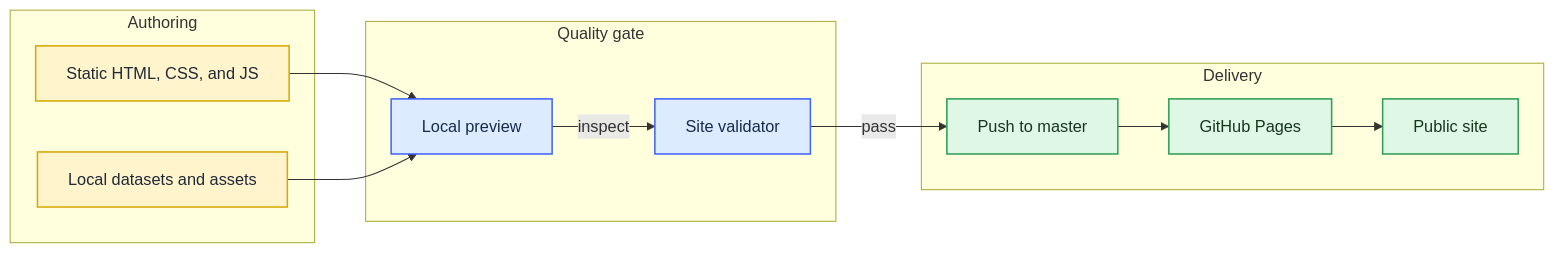
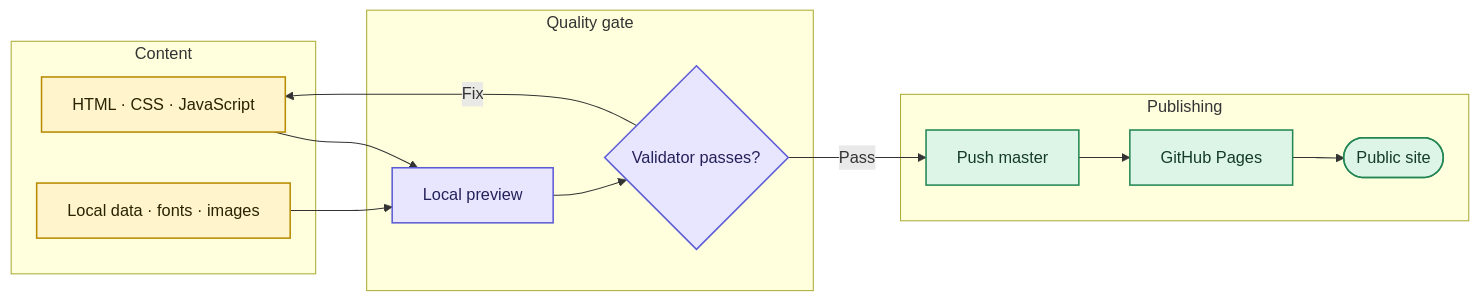
The first of 2 diagrams in README.md (thangldw/thangldw.github.io), drawn with Mermaid before and after one commit. The commit also changed other lines of this file and 10 other files, not shown here.

````diff
--- a/README.md
+++ b/README.md
@@ -24,32 +22,32 @@
 ```mermaid
 flowchart LR
-  subgraph Authoring[Authoring]
-    A[Static HTML, CSS, and JS]
-    B[Local datasets and assets]
+  subgraph Build[Content]
+    A[HTML · CSS · JavaScript]
+    B[Local data · fonts · images]
   end
 
-  subgraph Quality[Quality gate]
+  subgraph Check[Quality gate]
     C[Local preview]
-    D[Site validator]
+    D{Validator passes?}
   end
 
-  subgraph Delivery[Delivery]
-    E[Push to master]
+  subgraph Ship[Publishing]
+    E[Push master]
     F[GitHub Pages]
-    G[Public site]
+    G([Public site])
   end
 
   A --> C
   B --> C
-  C -->|inspect| D
-  D -->|pass| E
-  E --> F
-  F --> G
+  C --> D
+  D -->|Fix| A
+  D -->|Pass| E
+  E --> F --> G
 
-  classDef source fill:#FFF4CC,stroke:#D6A800,color:#1F2937,stroke-width:1.5px;
-  classDef check fill:#DDEBFF,stroke:#4262FF,color:#172B4D,stroke-width:1.5px;
-  classDef ship fill:#DFF7E5,stroke:#2D9D57,color:#17351F,stroke-width:1.5px;
-  class A,B source;
-  class C,D check;
-  class E,F,G ship;
+  classDef content fill:#FFF4CC,stroke:#B88A00,color:#292300,stroke-width:1.5px;
+  classDef quality fill:#E8E5FF,stroke:#5B5BD6,color:#24225A,stroke-width:1.5px;
+  classDef delivery fill:#DDF5E7,stroke:#238653,color:#153B29,stroke-width:1.5px;
+  class A,B content;
+  class C,D quality;
+  class E,F,G delivery;
 ```
````
